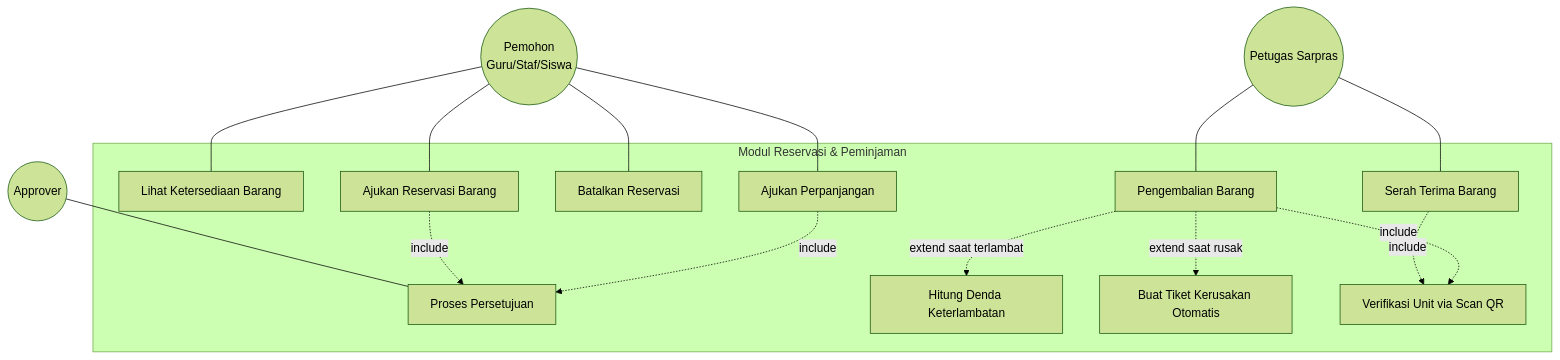
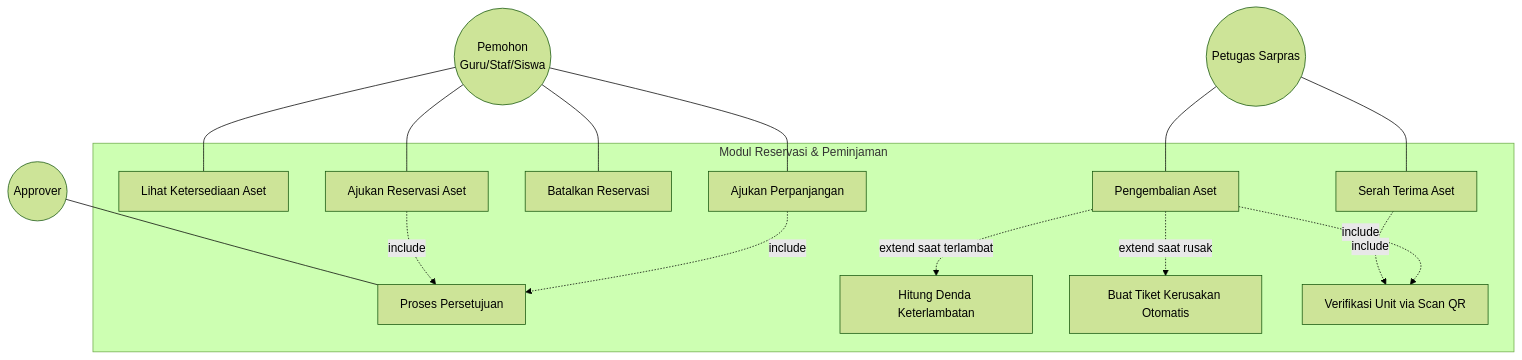
One commit to HanzzzBD/SIGM4 changed the third of 3 diagrams in docs/PRD/02-modules/m09-loans.md. Above: the diagram before and after it, drawn with Mermaid (forest theme). The commit also changed other lines of this file and 79 other files, not shown here.

````diff
--- a/docs/PRD/02-modules/m09-loans.md
+++ b/docs/PRD/02-modules/m09-loans.md
@@ -126,34 +126,34 @@
 ```mermaid
 flowchart TB
     PEM(("Pemohon<br/>Guru/Staf/Siswa"))
     SAR(("Petugas Sarpras"))
     APP(("Approver"))
 
     subgraph MOD["Modul Reservasi & Peminjaman"]
-        A["Lihat Ketersediaan Barang"]
-        B["Ajukan Reservasi Barang"]
+        A["Lihat Ketersediaan Aset"]
+        B["Ajukan Reservasi Aset"]
         C["Batalkan Reservasi"]
         D["Proses Persetujuan"]
-        E["Serah Terima Barang"]
-        F["Pengembalian Barang"]
+        E["Serah Terima Aset"]
+        F["Pengembalian Aset"]
         G["Hitung Denda Keterlambatan"]
         H["Buat Tiket Kerusakan Otomatis"]
         I["Verifikasi Unit via Scan QR"]
         J["Ajukan Perpanjangan"]
     end
 
     PEM --- A
     PEM --- B
     PEM --- C
     PEM --- J
     APP --- D
     SAR --- E
     SAR --- F
 
     B -.->|include| D
     E -.->|include| I
     F -.->|include| I
     F -.->|extend saat terlambat| G
     F -.->|extend saat rusak| H
     J -.->|include| D
 ```
````
